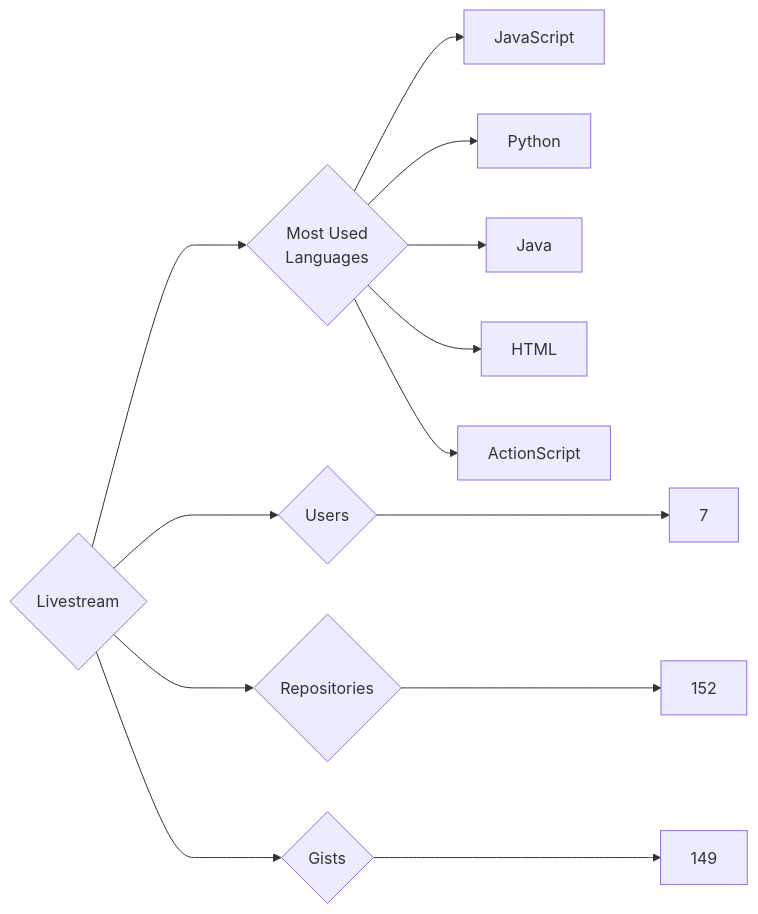
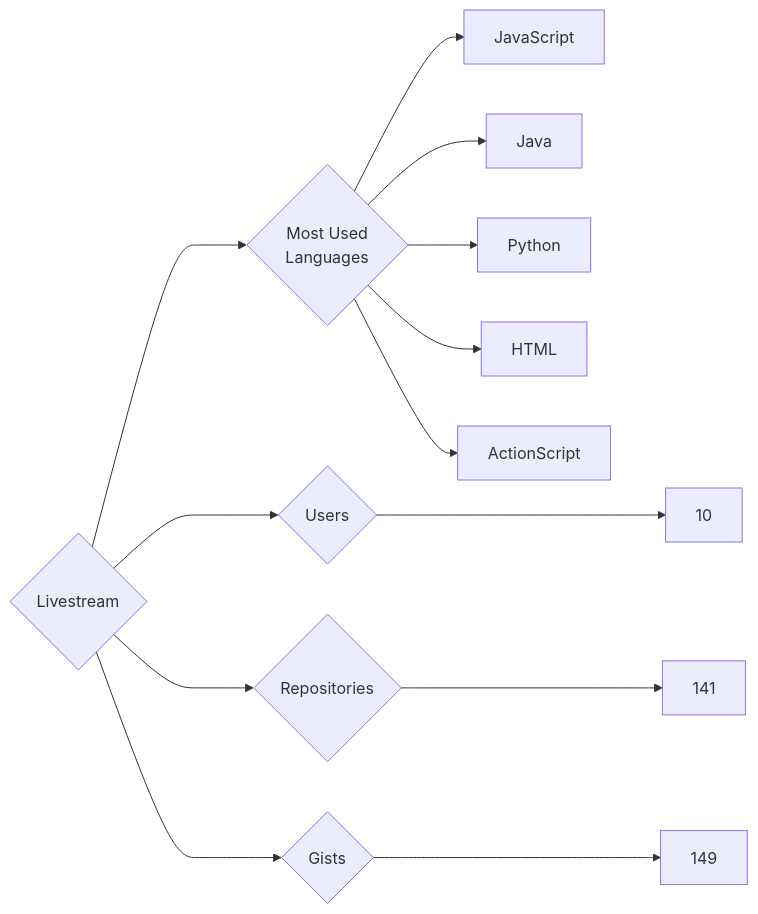
One commit to trickest/insiders changed the diagram in targets/Livestream/README.md. Above: the diagram before and after it, drawn with Mermaid. The commit also changed 775 other files, not shown here.

````diff
--- a/targets/Livestream/README.md
+++ b/targets/Livestream/README.md
@@ -3,13 +3,13 @@
 ```mermaid
 graph LR
 COMPANY_NAME{Livestream}
-COMPANY_NAME ---> U{Users} ---> UN[7]
-COMPANY_NAME ---> R{Repositories} ---> RN[152]
+COMPANY_NAME ---> U{Users} ---> UN[10]
+COMPANY_NAME ---> R{Repositories} ---> RN[141]
 COMPANY_NAME ---> G{Gists} ---> GN[149]
 COMPANY_NAME ---> ML{Most Used<br>Languages}
 ML --> JavaScript[JavaScript]
+ML --> Java[Java]
 ML --> Python[Python]
-ML --> Java[Java]
 ML --> HTML[HTML]
 ML --> ActionScript[ActionScript]
 ```
````
